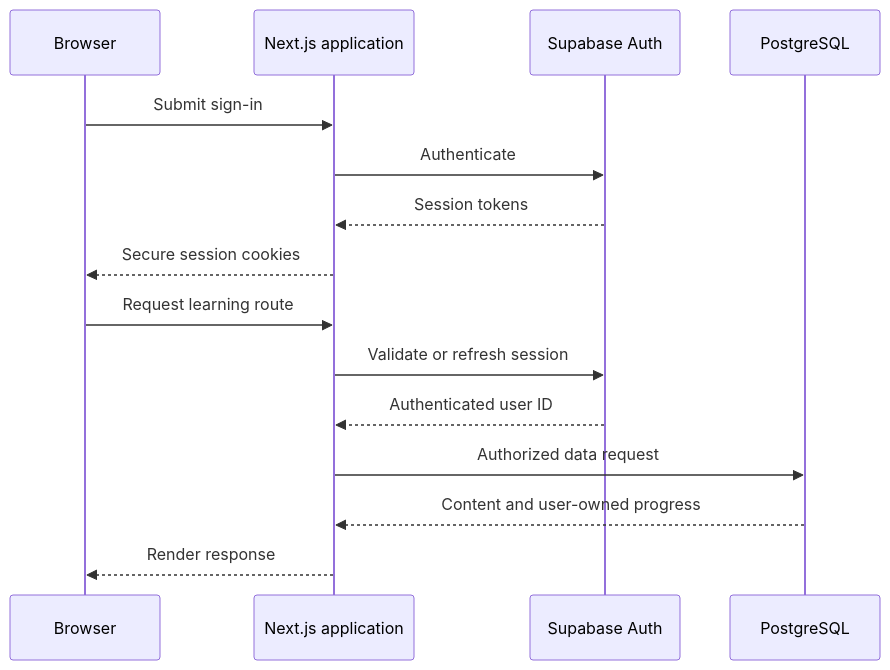
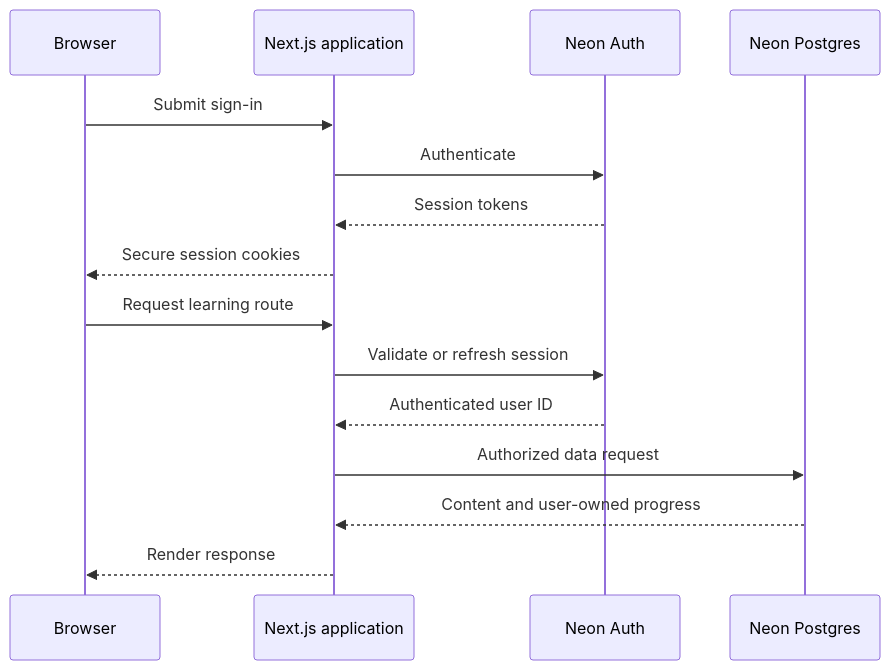
One commit to OzAvrahami/cockpitpath changed the diagram in docs/architecture/authentication.md. Above: the diagram before and after it, drawn with Mermaid. The commit also changed other lines of this file and 13 other files, not shown here.

Commit message:
docs: migrate platform architecture to Neon

````diff
--- a/docs/architecture/authentication.md
+++ b/docs/architecture/authentication.md
@@ -22,18 +22,18 @@
 ```mermaid
 sequenceDiagram
     participant B as Browser
     participant N as Next.js application
-    participant A as Supabase Auth
-    participant D as PostgreSQL
+    participant A as Neon Auth
+    participant D as Neon Postgres
 
     B->>N: Submit sign-in
     N->>A: Authenticate
     A-->>N: Session tokens
     N-->>B: Secure session cookies
     B->>N: Request learning route
     N->>A: Validate or refresh session
     A-->>N: Authenticated user ID
     N->>D: Authorized data request
     D-->>N: Content and user-owned progress
     N-->>B: Render response
 ```
````
